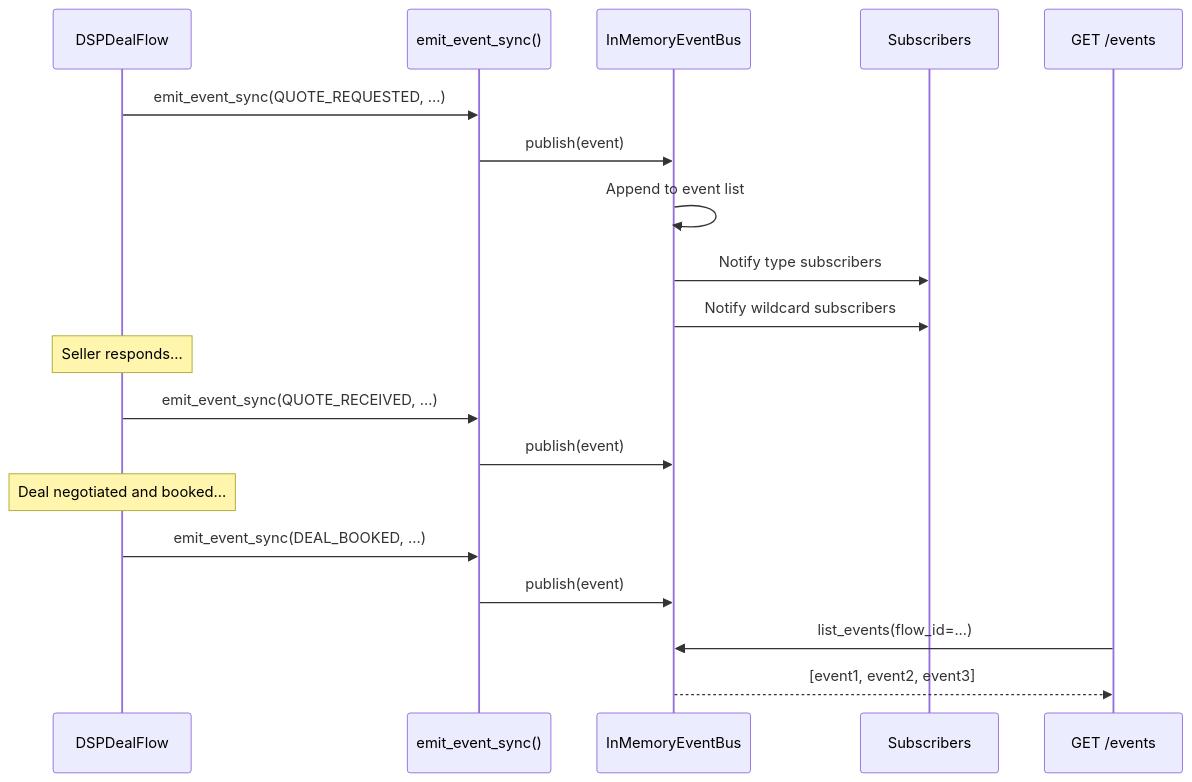
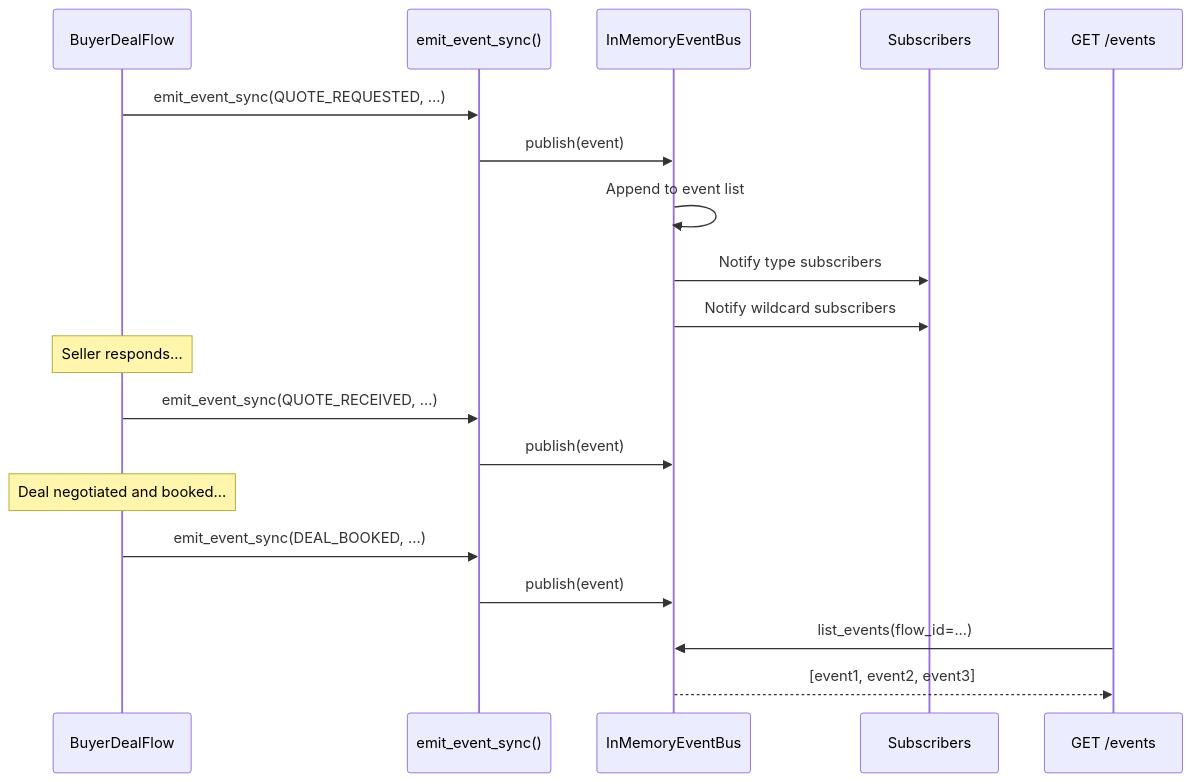
The second of 2 diagrams in docs/event-bus/overview.md (IABTechLab/buyer-agent), drawn with Mermaid before and after one commit. The commit also changed other lines of this file and 35 other files, not shown here.

First line of the commit message:
Rename DSP → BuyerDealFlow across code, tests, and docs (#81)

````diff
--- a/docs/event-bus/overview.md
+++ b/docs/event-bus/overview.md
@@ -395,27 +395,27 @@
 ```mermaid
 sequenceDiagram
-    participant Flow as DSPDealFlow
+    participant Flow as BuyerDealFlow
     participant Helper as emit_event_sync()
     participant Bus as InMemoryEventBus
     participant Sub as Subscribers
     participant API as GET /events
 
     Flow->>Helper: emit_event_sync(QUOTE_REQUESTED, ...)
     Helper->>Bus: publish(event)
     Bus->>Bus: Append to event list
     Bus->>Sub: Notify type subscribers
     Bus->>Sub: Notify wildcard subscribers
 
     Note over Flow: Seller responds...
 
     Flow->>Helper: emit_event_sync(QUOTE_RECEIVED, ...)
     Helper->>Bus: publish(event)
 
     Note over Flow: Deal negotiated and booked...
 
     Flow->>Helper: emit_event_sync(DEAL_BOOKED, ...)
     Helper->>Bus: publish(event)
 
     API->>Bus: list_events(flow_id=...)
     Bus-->>API: [event1, event2, event3]
 ```
````
